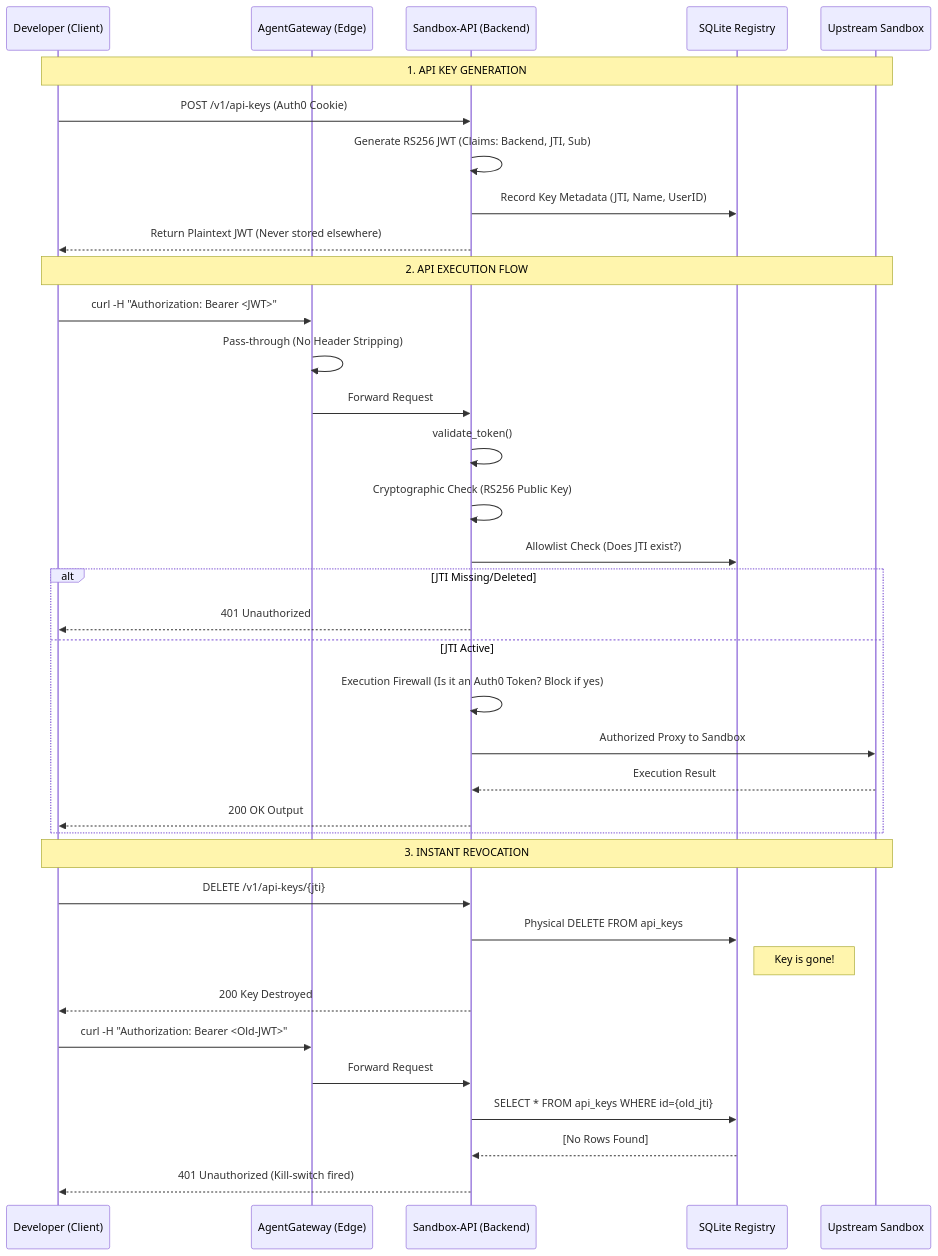
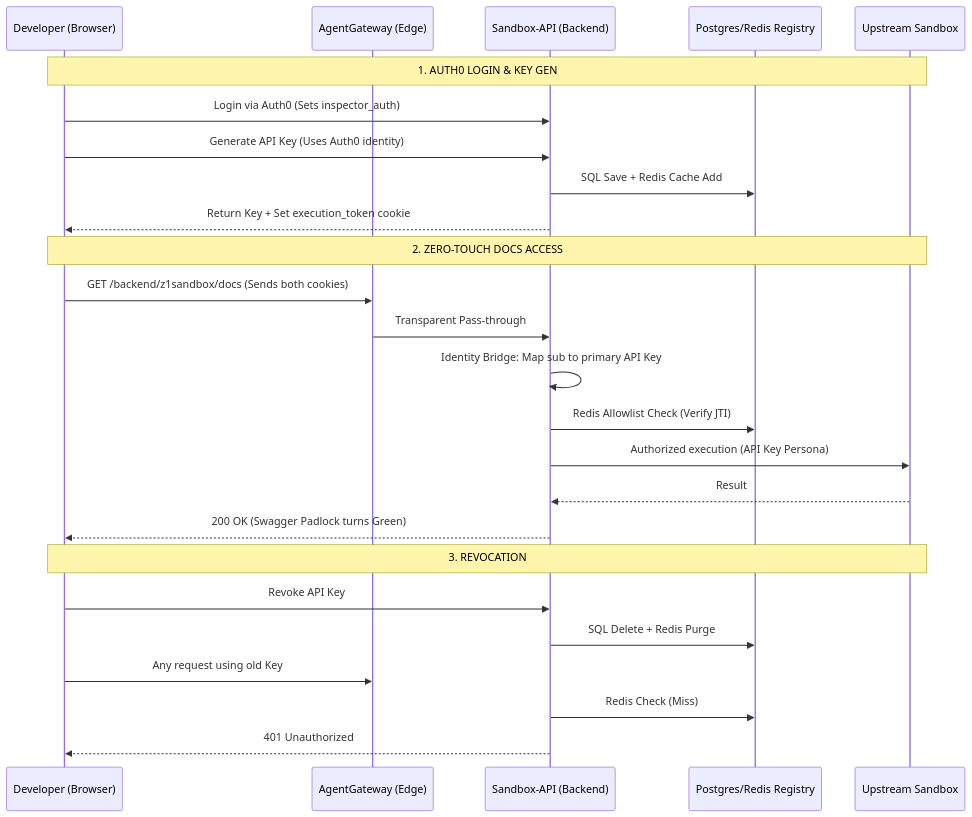
The diagram in docs/developer_key.md (01cloud/01-Sandbox), drawn with Mermaid before and after one commit. The commit also changed other lines of this file, not shown here.

Commit message:
fix: api key authentication

````diff
--- a/docs/developer_key.md
+++ b/docs/developer_key.md
@@ -69,42 +82,30 @@
 ```mermaid
 sequenceDiagram
-    participant Dev as Developer (Client)
+    participant Dev as Developer (Browser)
     participant GW as AgentGateway (Edge)
     participant API as Sandbox-API (Backend)
-    participant DB as SQLite Registry
+    participant DB as Postgres/Redis Registry
     participant SB as Upstream Sandbox
 
-    Note over Dev, SB: 1. API KEY GENERATION
-    Dev->>API: POST /v1/api-keys (Auth0 Cookie)
-    API->>API: Generate RS256 JWT (Claims: Backend, JTI, Sub)
-    API->>DB: Record Key Metadata (JTI, Name, UserID)
-    API-->>Dev: Return Plaintext JWT (Never stored elsewhere)
+    Note over Dev, SB: 1. AUTH0 LOGIN & KEY GEN
+    Dev->>API: Login via Auth0 (Sets inspector_auth)
+    Dev->>API: Generate API Key (Uses Auth0 identity)
+    API->>DB: SQL Save + Redis Cache Add
+    API-->>Dev: Return Key + Set execution_token cookie
 
-    Note over Dev, SB: 2. API EXECUTION FLOW
-    Dev->>GW: curl -H "Authorization: Bearer <JWT>"
-    GW->>GW: Pass-through (No Header Stripping)
-    GW->>API: Forward Request
-    
-    API->>API: validate_token()
-    API->>API: Cryptographic Check (RS256 Public Key)
-    API->>DB: Allowlist Check (Does JTI exist?)
-    alt JTI Missing/Deleted
-        API-->>Dev: 401 Unauthorized
-    else JTI Active
-        API->>API: Execution Firewall (Is it an Auth0 Token? Block if yes)
-        API->>SB: Authorized Proxy to Sandbox
-        SB-->>API: Execution Result
-        API-->>Dev: 200 OK Output
-    end
+    Note over Dev, SB: 2. ZERO-TOUCH DOCS ACCESS
+    Dev->>GW: GET /backend/z1sandbox/docs (Sends both cookies)
+    GW->>API: Transparent Pass-through
+    API->>API: Identity Bridge: Map sub to primary API Key
+    API->>DB: Redis Allowlist Check (Verify JTI)
+    API->>SB: Authorized execution (API Key Persona)
+    SB-->>API: Result
+    API-->>Dev: 200 OK (Swagger Padlock turns Green)
 
-    Note over Dev, SB: 3. INSTANT REVOCATION
-    Dev->>API: DELETE /v1/api-keys/{jti}
-    API->>DB: Physical DELETE FROM api_keys
-    Note right of DB: Key is gone!
-    API-->>Dev: 200 Key Destroyed
-    Dev->>GW: curl -H "Authorization: Bearer <Old-JWT>"
-    GW->>API: Forward Request
-    API->>DB: SELECT * FROM api_keys WHERE id={old_jti}
-    DB-->>API: [No Rows Found]
-    API-->>Dev: 401 Unauthorized (Kill-switch fired)
+    Note over Dev, SB: 3. REVOCATION
+    Dev->>API: Revoke API Key
+    API->>DB: SQL Delete + Redis Purge
+    Dev->>GW: Any request using old Key
+    API->>DB: Redis Check (Miss)
+    API-->>Dev: 401 Unauthorized
 ```
````
